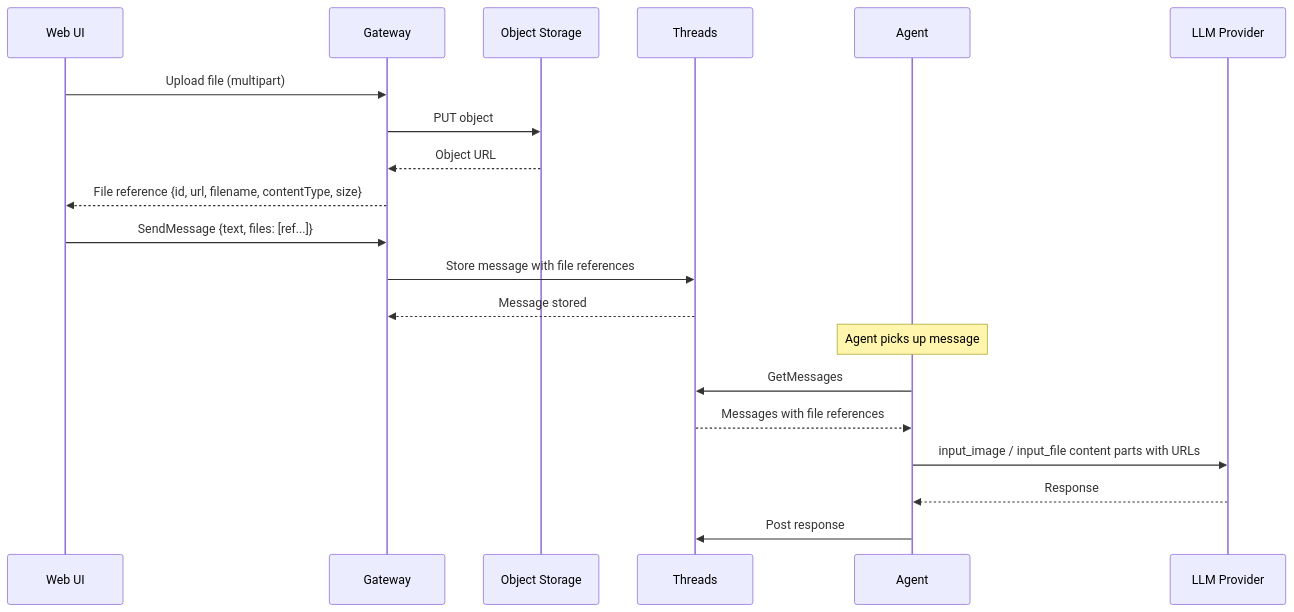
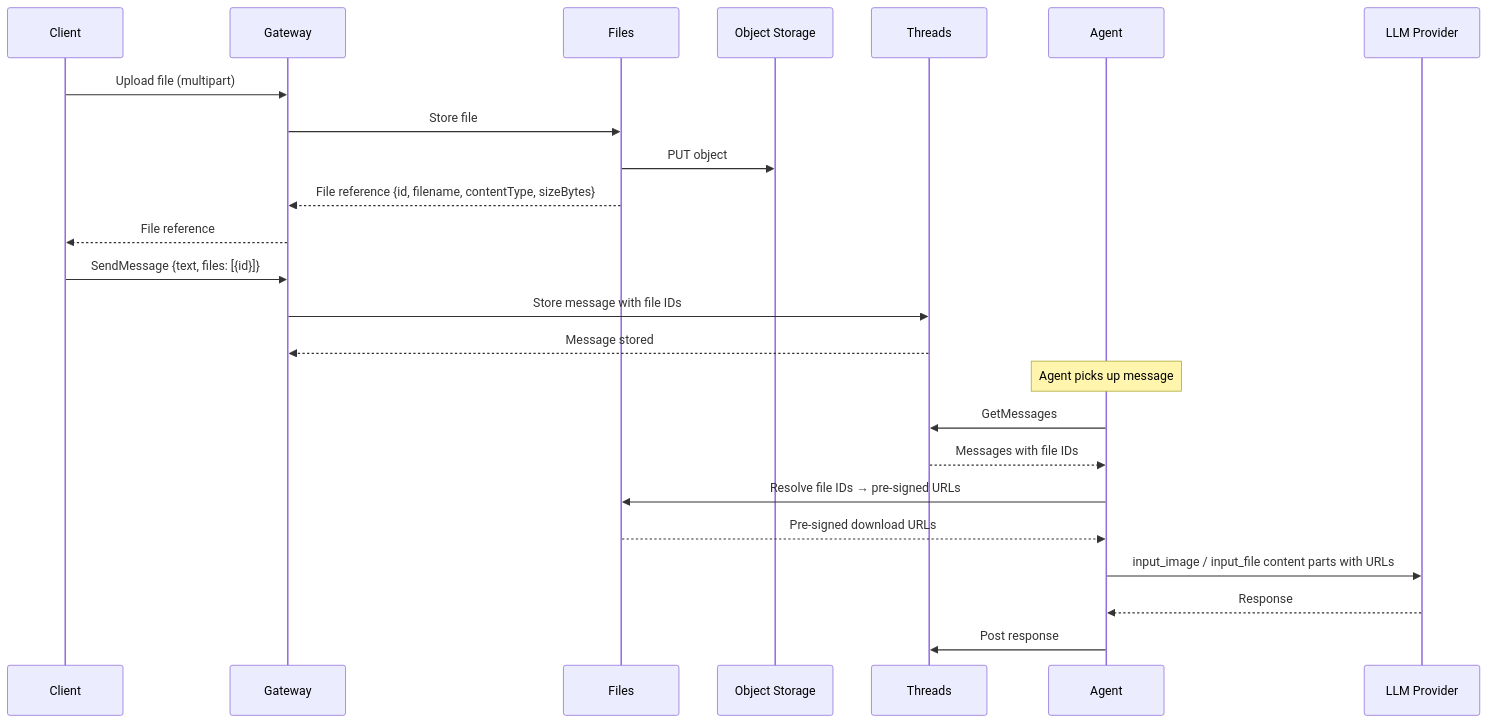
Before and after one commit to agynio/architecture: the diagram in architecture/media.md, drawn with Mermaid. The commit also changed other lines of this file and 3 other files, not shown here.

````diff
--- a/architecture/media.md
+++ b/architecture/media.md
@@ -9,25 +9,29 @@
 ```mermaid
 sequenceDiagram
-    participant UI as Web UI
+    participant C as Client
     participant GW as Gateway
+    participant F as Files
     participant OS as Object Storage
     participant Th as Threads
     participant Ag as Agent
     participant LLM as LLM Provider
 
-    UI->>GW: Upload file (multipart)
-    GW->>OS: PUT object
-    OS-->>GW: Object URL
-    GW-->>UI: File reference {id, url, filename, contentType, size}
+    C->>GW: Upload file (multipart)
+    GW->>F: Store file
+    F->>OS: PUT object
+    F-->>GW: File reference {id, filename, contentType, sizeBytes}
+    GW-->>C: File reference
 
-    UI->>GW: SendMessage {text, files: [ref...]}
-    GW->>Th: Store message with file references
+    C->>GW: SendMessage {text, files: [{id}]}
+    GW->>Th: Store message with file IDs
     Th-->>GW: Message stored
 
     Note over Ag: Agent picks up message
     Ag->>Th: GetMessages
-    Th-->>Ag: Messages with file references
+    Th-->>Ag: Messages with file IDs
+    Ag->>F: Resolve file IDs → pre-signed URLs
+    F-->>Ag: Pre-signed download URLs
     Ag->>LLM: input_image / input_file content parts with URLs
     LLM-->>Ag: Response
     Ag->>Th: Post response
 ```
````
